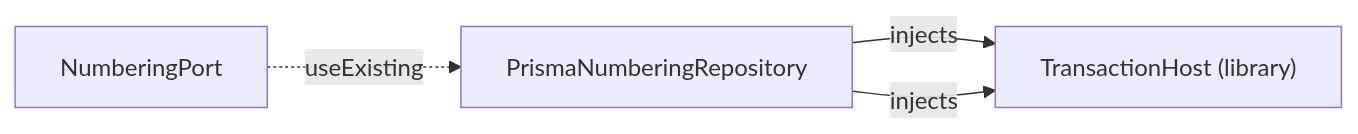
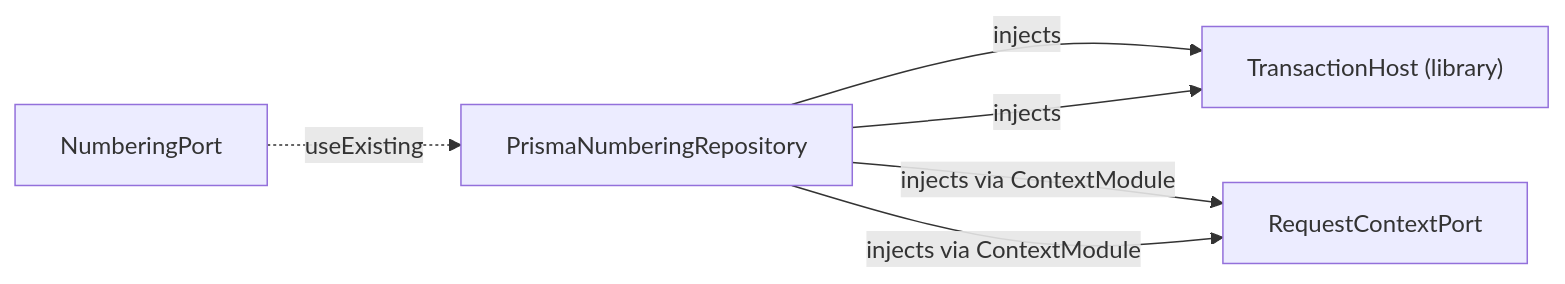
One commit to ashrafemon/ddd-boilerplate changed diagram 14 of 22 in docs/DI-WIRING.md. Above: the diagram before and after it, drawn with Mermaid. The commit also changed other lines of this file and 116 other files, not shown here.

````diff
--- a/docs/DI-WIRING.md
+++ b/docs/DI-WIRING.md
@@ -618,9 +631,12 @@
 ```mermaid
 flowchart LR
     NumberingPort["NumberingPort"]
     PrismaNumberingRepository["PrismaNumberingRepository"]
     NumberingPort -.->|useExisting| PrismaNumberingRepository
     TransactionHost__library_["TransactionHost (library)"]
     PrismaNumberingRepository -->|injects| TransactionHost__library_
+    RequestContextPort["RequestContextPort"]
+    PrismaNumberingRepository -->|injects via ContextModule| RequestContextPort
     PrismaNumberingRepository -->|injects| TransactionHost__library_
+    PrismaNumberingRepository -->|injects via ContextModule| RequestContextPort
 ```
````
